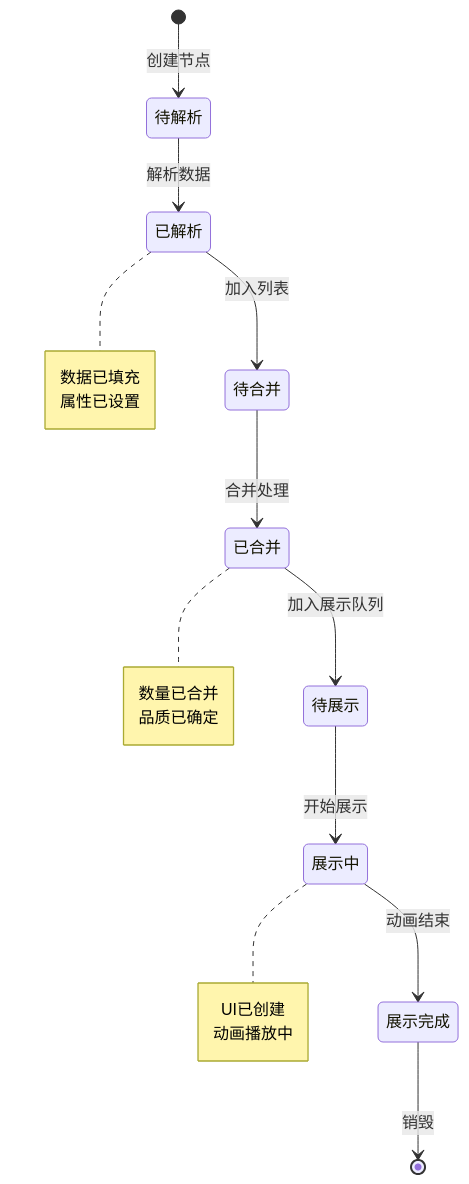
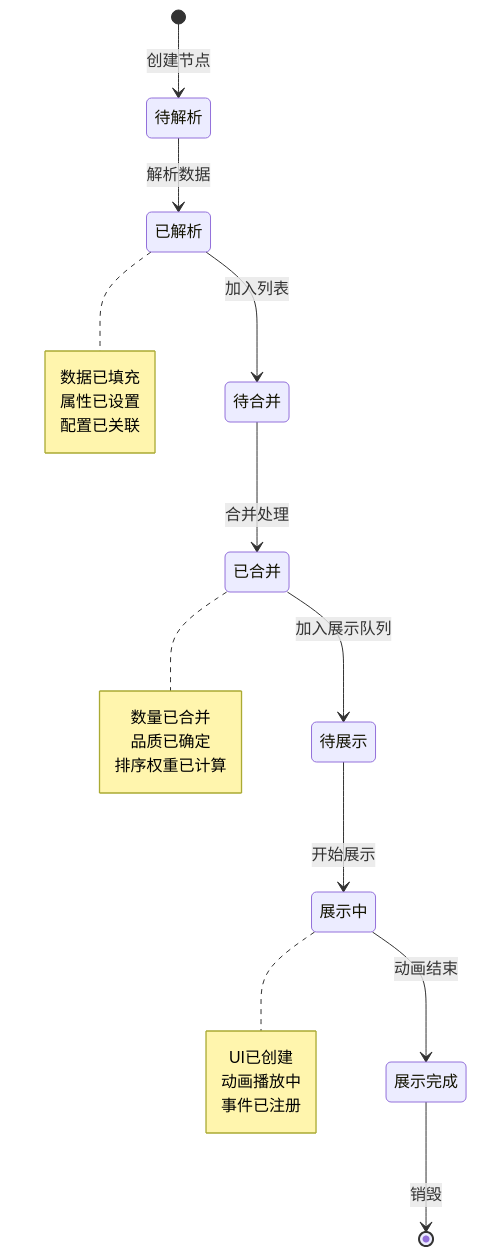
Before and after one commit to Alan-Ben/k2c_game_framework: the second of 5 diagrams in docs/Module_Bonus/06_实现细节.md, drawn with Mermaid. The commit also changed other lines of this file and 5 other files, not shown here.

````diff
--- a/docs/Module_Bonus/06_实现细节.md
+++ b/docs/Module_Bonus/06_实现细节.md
@@ -101,26 +132,29 @@
 ```mermaid
 stateDiagram-v2
     [*] --> 待解析: 创建节点
     待解析 --> 已解析: 解析数据
     已解析 --> 待合并: 加入列表
     待合并 --> 已合并: 合并处理
     已合并 --> 待展示: 加入展示队列
     待展示 --> 展示中: 开始展示
     展示中 --> 展示完成: 动画结束
     展示完成 --> [*]: 销毁
 
     note right of 已解析
         数据已填充
         属性已设置
+        配置已关联
     end note
 
     note right of 已合并
         数量已合并
         品质已确定
+        排序权重已计算
     end note
 
     note right of 展示中
         UI已创建
         动画播放中
+        事件已注册
     end note
 ```
````
